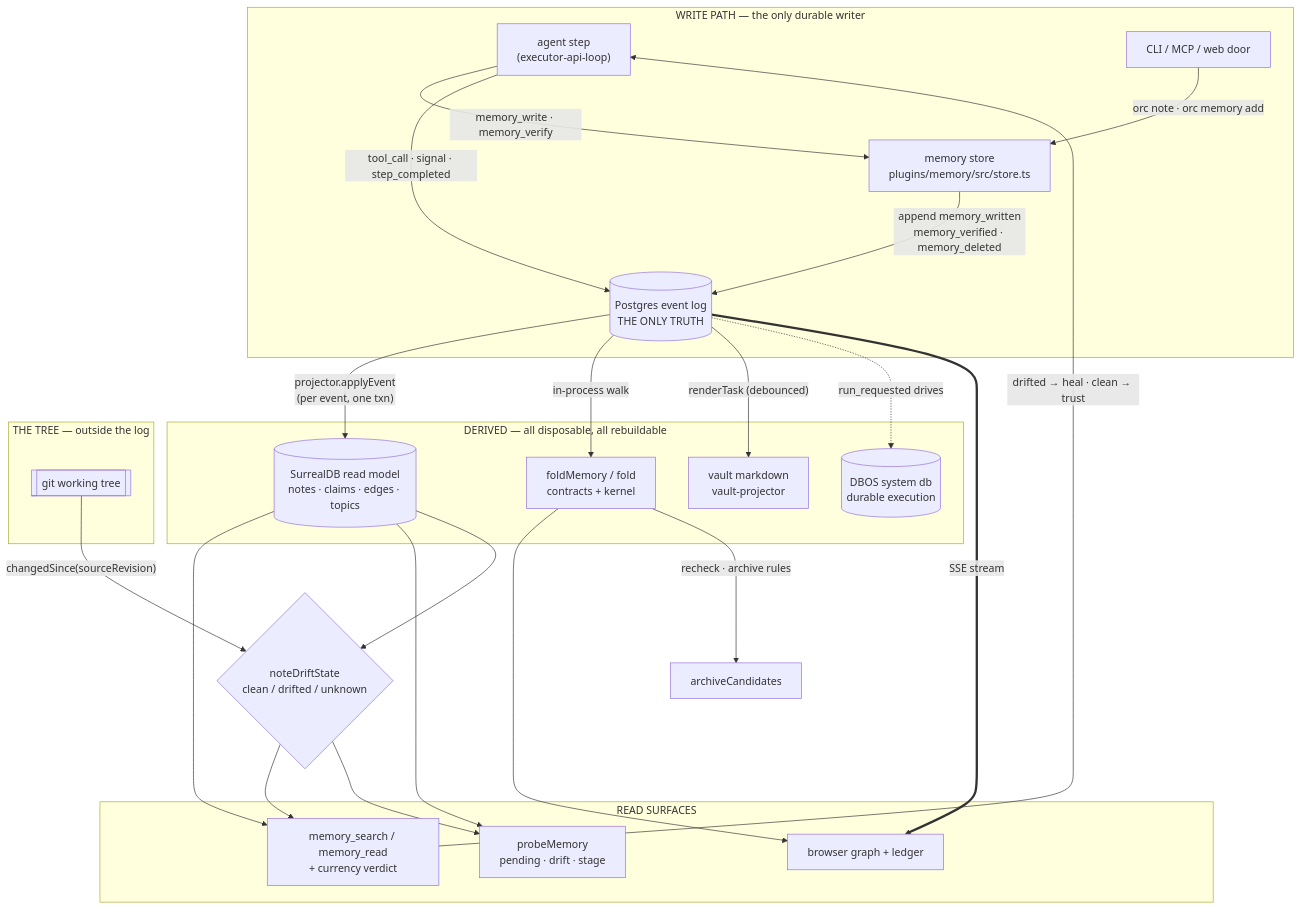
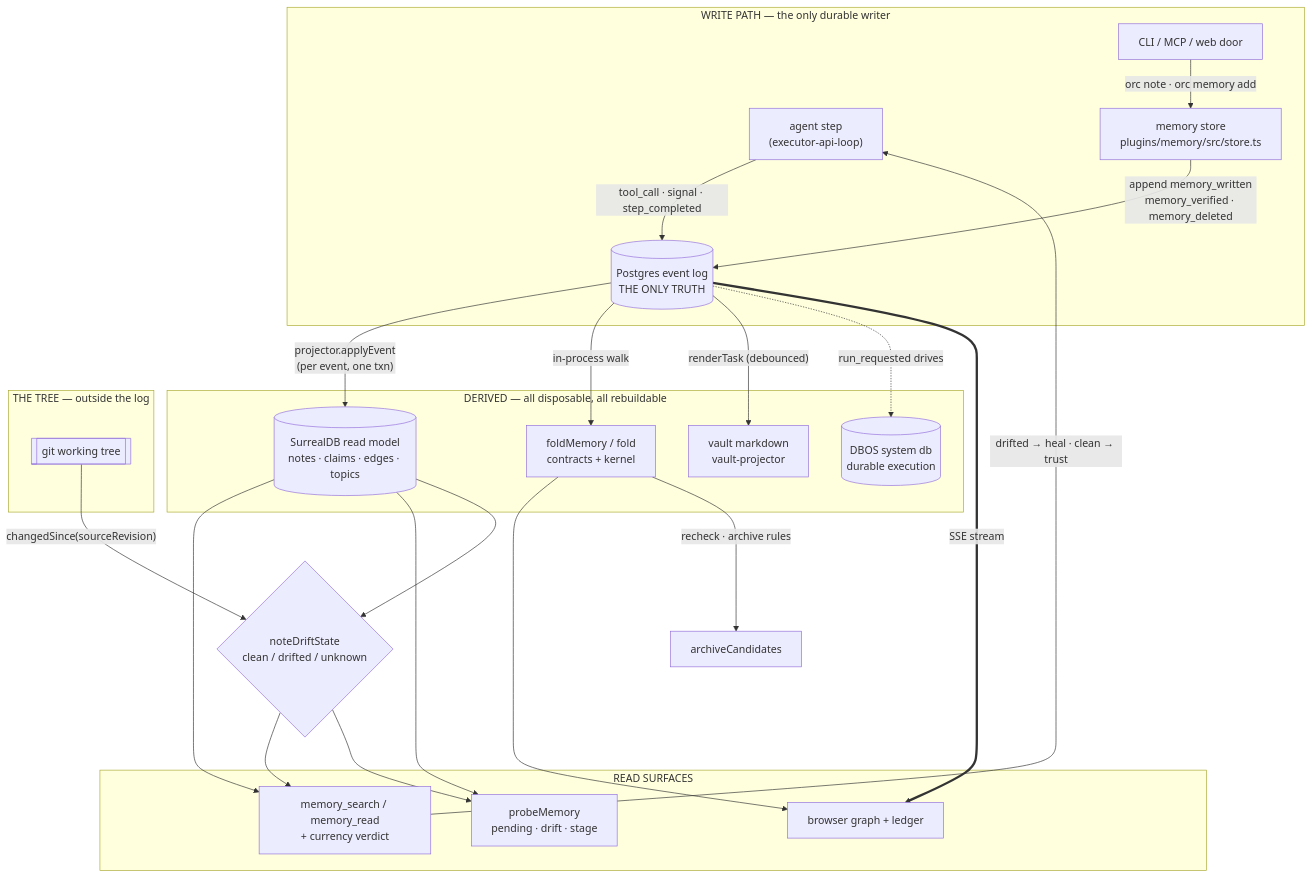
One commit to fetttttjoe/ORC changed the first of 7 diagrams in docs/ARCHITECTURE.md. Above: the diagram before and after it, drawn with Mermaid. The commit also changed other lines of this file and 112 other files, not shown here.

````diff
--- a/docs/ARCHITECTURE.md
+++ b/docs/ARCHITECTURE.md
@@ -13,47 +13,46 @@
 ```mermaid
 flowchart TB
   subgraph write["WRITE PATH — the only durable writer"]
     agent["agent step<br/>(executor-api-loop)"]
     cli["CLI / MCP / web door"]
     store["memory store<br/>plugins/memory/src/store.ts"]
     log[("Postgres event log<br/>THE ONLY TRUTH")]
-    agent -->|"memory_write · memory_verify"| store
     cli -->|"orc note · orc memory add"| store
     store -->|"append memory_written<br/>memory_verified · memory_deleted"| log
     agent -->|"tool_call · signal · step_completed"| log
   end
 
   subgraph derive["DERIVED — all disposable, all rebuildable"]
     surreal[("SurrealDB read model<br/>notes · claims · edges · topics")]
     fold["foldMemory / fold<br/>contracts + kernel"]
     vault["vault markdown<br/>vault-projector"]
     dbos[("DBOS system db<br/>durable execution")]
   end
 
   log -->|"projector.applyEvent<br/>(per event, one txn)"| surreal
   log -->|"in-process walk"| fold
   log -->|"renderTask (debounced)"| vault
   log -.->|"run_requested drives"| dbos
 
   subgraph read["READ SURFACES"]
     tools["memory_search / memory_read<br/>+ currency verdict"]
     health["probeMemory<br/>pending · drift · stage"]
     graphui["browser graph + ledger"]
   end
 
   surreal --> tools
   surreal --> health
   fold --> graphui
   fold -->|"recheck · archive rules"| arch["archiveCandidates"]
   log ==>|"SSE stream"| graphui
 
   subgraph tree["THE TREE — outside the log"]
     git[["git working tree"]]
   end
   git -->|"changedSince(sourceRevision)"| drift{"noteDriftState<br/>clean / drifted / unknown"}
   surreal --> drift
   drift --> tools
   drift --> health
 
   tools -->|"drifted → heal · clean → trust"| agent
 ```
````
